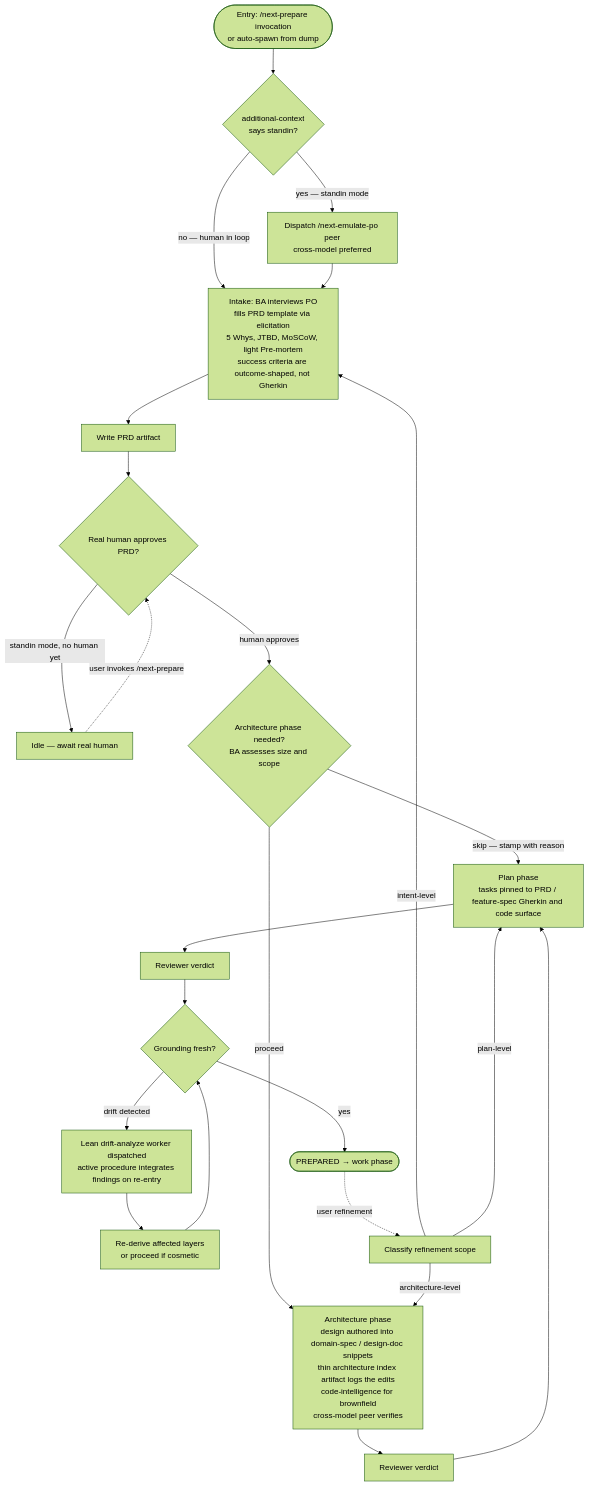
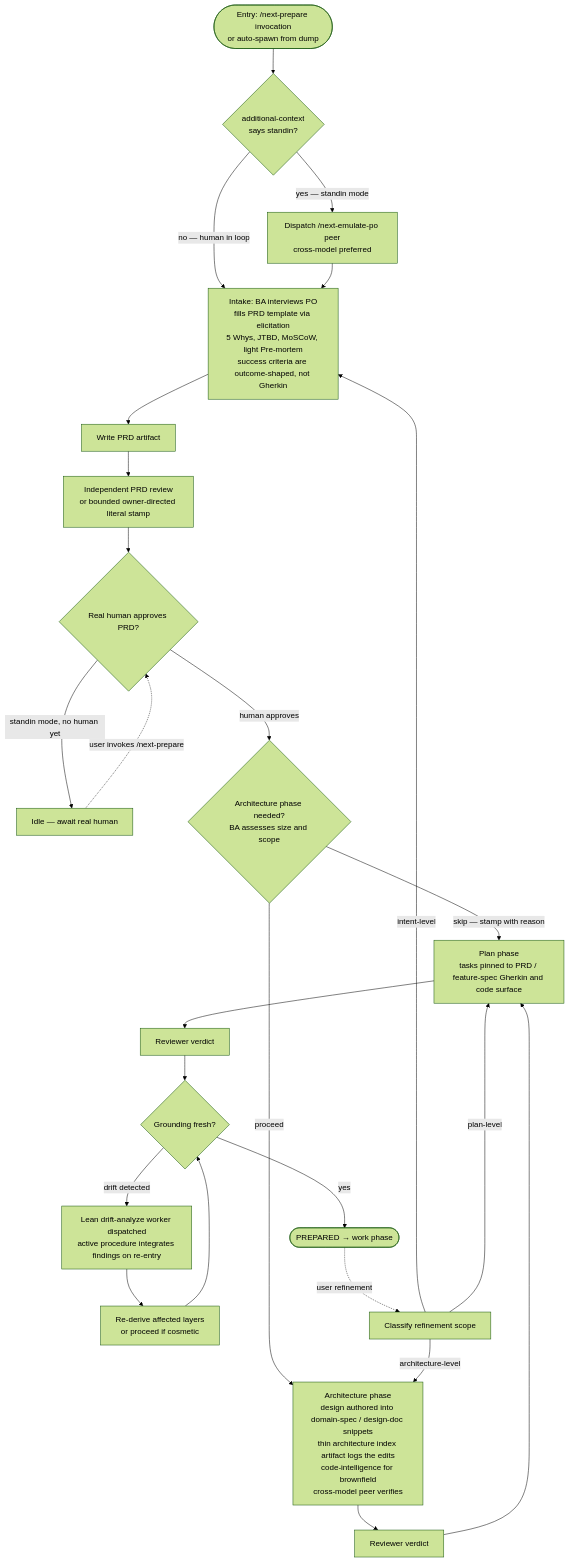
The diagram in docs/project/design/architecture/prepare-flow.md (InstruktAI/TeleClaude), drawn with Mermaid (forest theme) before and after one commit. The commit also changed other lines of this file and 1 other file, not shown here.

First line of the commit message:
docs(architecture): centralize role-aware agent dispatch

````diff
--- a/docs/project/design/architecture/prepare-flow.md
+++ b/docs/project/design/architecture/prepare-flow.md
@@ -73,41 +73,42 @@
 ```mermaid
 flowchart TD
     Entry([Entry: /next-prepare invocation<br/>or auto-spawn from dump])
     Entry --> ModeCheck{additional-context<br/>says standin?}
 
     ModeCheck -->|yes — standin mode| DispatchStandin[Dispatch /next-emulate-po peer<br/>cross-model preferred]
     ModeCheck -->|no — human in loop| Intake
 
     DispatchStandin --> Intake[Intake: BA interviews PO<br/>fills PRD template via elicitation<br/>5 Whys, JTBD, MoSCoW, light Pre-mortem<br/>success criteria are outcome-shaped, not Gherkin]
 
     Intake --> WritePRD[Write PRD artifact]
-    WritePRD --> PRDApprove{Real human approves PRD?}
+    WritePRD --> PRDReview[Independent PRD review<br/>or bounded owner-directed literal stamp]
+    PRDReview --> PRDApprove{Real human approves PRD?}
 
     PRDApprove -->|standin mode, no human yet| Idle[Idle — await real human]
     PRDApprove -->|human approves| AssessArch
 
     Idle -.user invokes /next-prepare.-> PRDApprove
 
     AssessArch{Architecture phase needed?<br/>BA assesses size and scope}
     AssessArch -->|skip — stamp with reason| PlanPhase
     AssessArch -->|proceed| ArchPhase
 
     ArchPhase[Architecture phase<br/>design authored into domain-spec / design-doc snippets<br/>thin architecture index artifact logs the edits<br/>code-intelligence for brownfield<br/>cross-model peer verifies]
     ArchPhase --> ArchReview[Reviewer verdict]
     ArchReview --> PlanPhase
 
     PlanPhase[Plan phase<br/>tasks pinned to PRD / feature-spec Gherkin and code surface]
     PlanPhase --> PlanReview[Reviewer verdict]
     PlanReview --> Grounding{Grounding fresh?}
 
     Grounding -->|yes| Prepared([PREPARED → work phase])
     Grounding -->|drift detected| DriftWorker[Lean drift-analyze worker dispatched<br/>active procedure integrates findings on re-entry]
     DriftWorker --> Plan[Re-derive affected layers<br/>or proceed if cosmetic]
     Plan --> Grounding
 
     %% Refinement
     Prepared -.user refinement.-> RefineClassify[Classify refinement scope]
     RefineClassify -->|intent-level| Intake
     RefineClassify -->|architecture-level| ArchPhase
     RefineClassify -->|plan-level| PlanPhase
 ```
````
